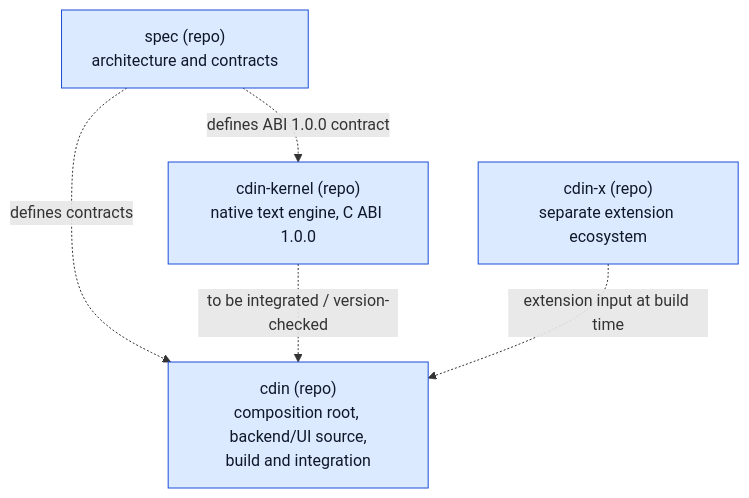
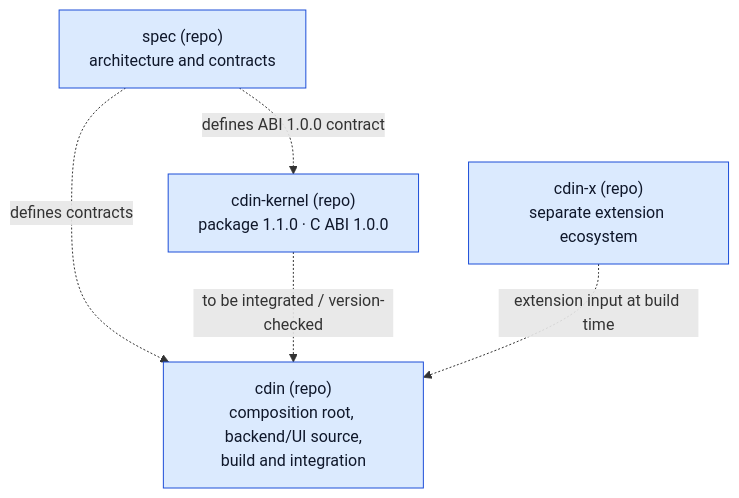
Before and after one commit to cdin-editor/spec: the first of 2 diagrams in docs/architecture/repositories.md, drawn with Mermaid. The commit also changed other lines of this file and 19 other files, not shown here.

````diff
--- a/docs/architecture/repositories.md
+++ b/docs/architecture/repositories.md
@@ -9,13 +9,13 @@
 ```mermaid
 flowchart TB
     cdinrepo["cdin (repo)<br/>composition root, backend/UI source,<br/>build and integration"]
-    kernelrepo["cdin-kernel (repo)<br/>native text engine, C ABI 1.0.0"]
+    kernelrepo["cdin-kernel (repo)<br/>package 1.1.0 · C ABI 1.0.0"]
     xnow["cdin-x (repo)<br/>separate extension ecosystem"]
     specnow["spec (repo)<br/>architecture and contracts"]
     specnow -. "defines contracts" .-> cdinrepo
     specnow -. "defines ABI 1.0.0 contract" .-> kernelrepo
     kernelrepo -. "to be integrated / version-checked" .-> cdinrepo
     xnow -. "extension input at build time" .-> cdinrepo
     classDef comp fill:#dbeafe,stroke:#1d4ed8,color:#0f172a
     class cdinrepo,kernelrepo,specnow,xnow comp
 ```
````
